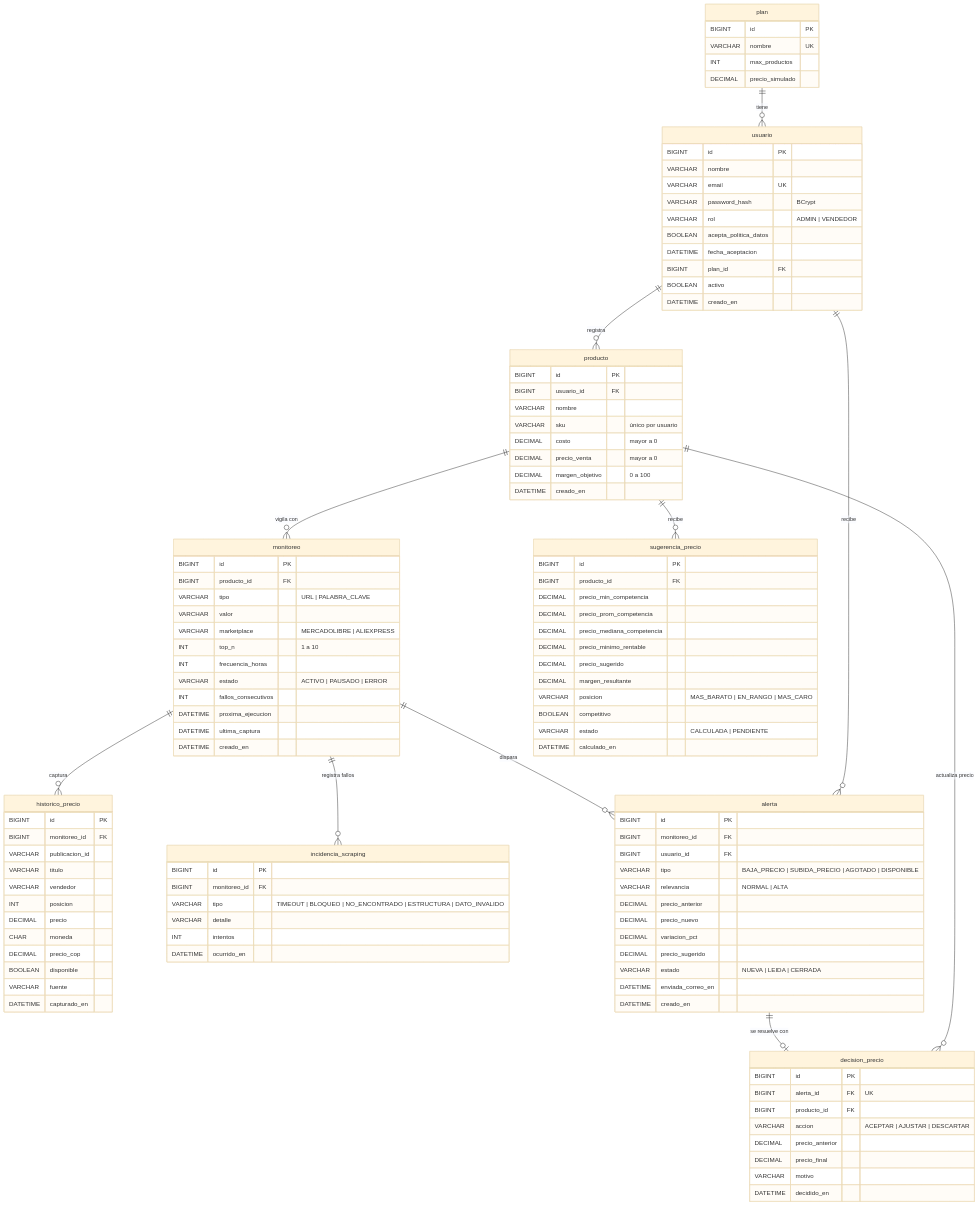
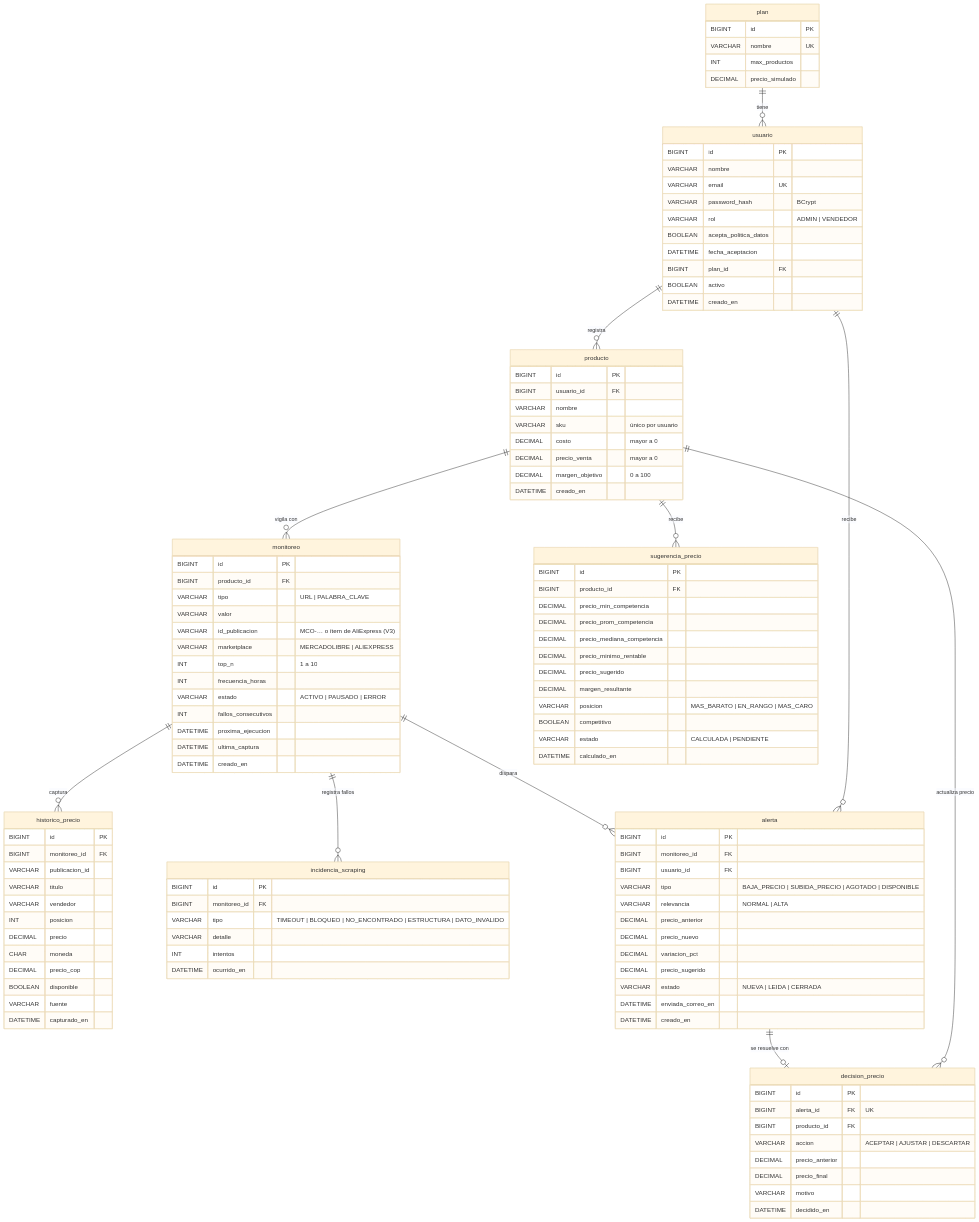
The diagram in docs/modelo-datos.md (BrianZuto/Trendly-app), drawn with Mermaid (base theme) before and after one commit. The commit also changed other lines of this file and 23 other files, not shown here.

Commit message:
SCRUM-36: agrega competidores por URL de MercadoLibre y AliExpress

```diff
--- a/docs/modelo-datos.md
+++ b/docs/modelo-datos.md
@@ -48,6 +48,7 @@
         BIGINT producto_id FK
         VARCHAR tipo "URL | PALABRA_CLAVE"
         VARCHAR valor
+        VARCHAR id_publicacion "MCO-… o ítem de AliExpress (V3)"
         VARCHAR marketplace "MERCADOLIBRE | ALIEXPRESS"
         INT top_n "1 a 10"
         INT frecuencia_horas
```
